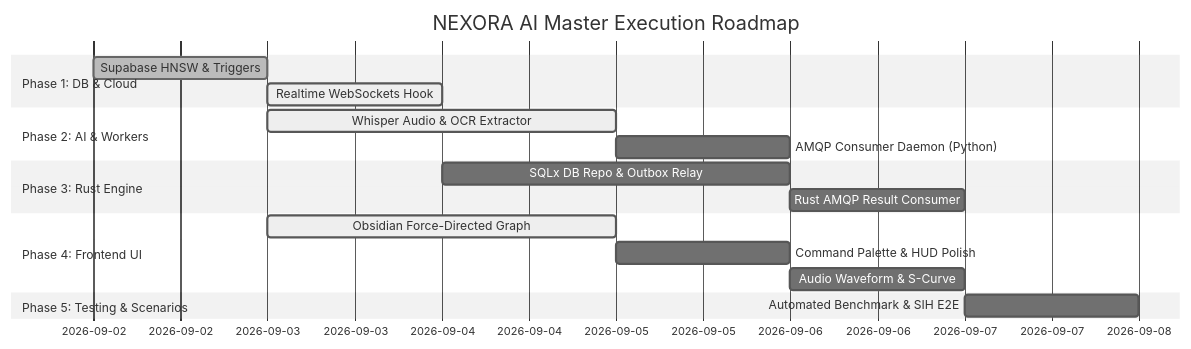
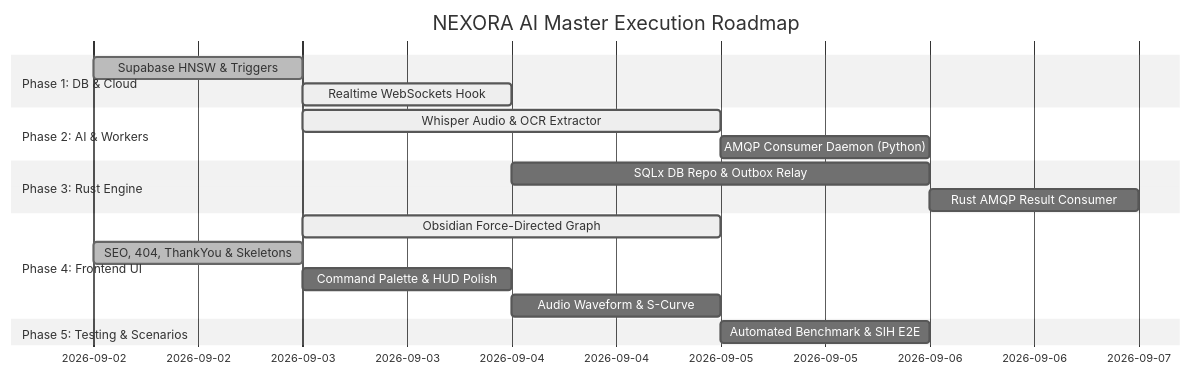
One commit to urvashislash/nexora-ai changed the second of 2 diagrams in plan.md. Above: the diagram before and after it, drawn with Mermaid (neutral theme). The commit also changed other lines of this file and 7 other files, not shown here.

Commit message:
feat: add SEO meta, robots.txt, sitemap.xml, custom 404, thank you page, and skeleton loaders

````diff
--- a/plan.md
+++ b/plan.md
@@ -382,20 +392,21 @@
 ```mermaid
 gantt
     title NEXORA AI Master Execution Roadmap
     dateFormat  YYYY-MM-DD
     section Phase 1: DB & Cloud
     Supabase HNSW & Triggers           :done,    p1_1, 2026-09-02, 1d
     Realtime WebSockets Hook           :active,  p1_2, after p1_1, 1d
     section Phase 2: AI & Workers
     Whisper Audio & OCR Extractor      :active,  p2_1, after p1_1, 2d
     AMQP Consumer Daemon (Python)      :         p2_2, after p2_1, 1d
     section Phase 3: Rust Engine
     SQLx DB Repo & Outbox Relay        :         p3_1, after p1_2, 2d
     Rust AMQP Result Consumer          :         p3_2, after p2_2, 1d
     section Phase 4: Frontend UI
     Obsidian Force-Directed Graph      :active,  p4_1, after p1_1, 2d
-    Command Palette & HUD Polish       :         p4_2, after p4_1, 1d
-    Audio Waveform & S-Curve           :         p4_3, after p4_2, 1d
+    SEO, 404, ThankYou & Skeletons     :done,    p4_2, 2026-09-02, 1d
+    Command Palette & HUD Polish       :         p4_3, after p4_2, 1d
+    Audio Waveform & S-Curve           :         p4_4, after p4_3, 1d
     section Phase 5: Testing & Scenarios
-    Automated Benchmark & SIH E2E      :         p5_1, after p4_3, 1d
+    Automated Benchmark & SIH E2E      :         p5_1, after p4_4, 1d
 ```
````
